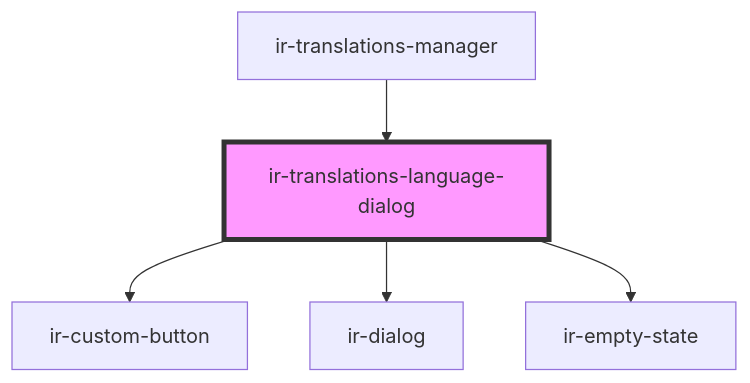
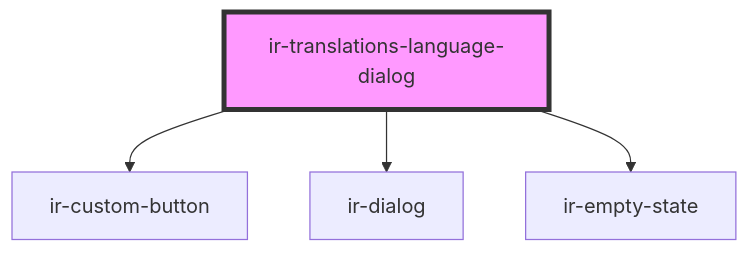
Before and after one commit to RonyRizk/ir-webcmp: the diagram in src/components/ir-translations-manager/ir-translations-language-dialog/readme.md, drawn with Mermaid. The commit also changed other lines of this file and 36 other files, not shown here.

````diff
--- a/src/components/ir-translations-manager/ir-translations-language-dialog/readme.md
+++ b/src/components/ir-translations-manager/ir-translations-language-dialog/readme.md
@@ -41,8 +37,7 @@
 ```mermaid
 graph TD;
   ir-translations-language-dialog --> ir-custom-button
   ir-translations-language-dialog --> ir-dialog
   ir-translations-language-dialog --> ir-empty-state
-  ir-translations-manager --> ir-translations-language-dialog
   style ir-translations-language-dialog fill:#f9f,stroke:#333,stroke-width:4px
 ```
````
